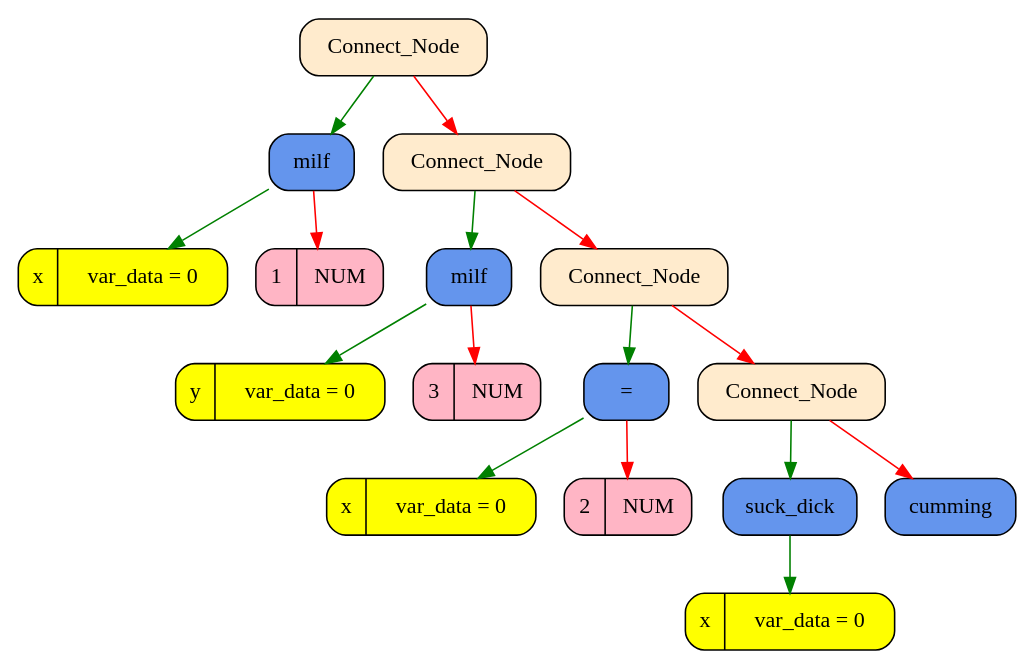
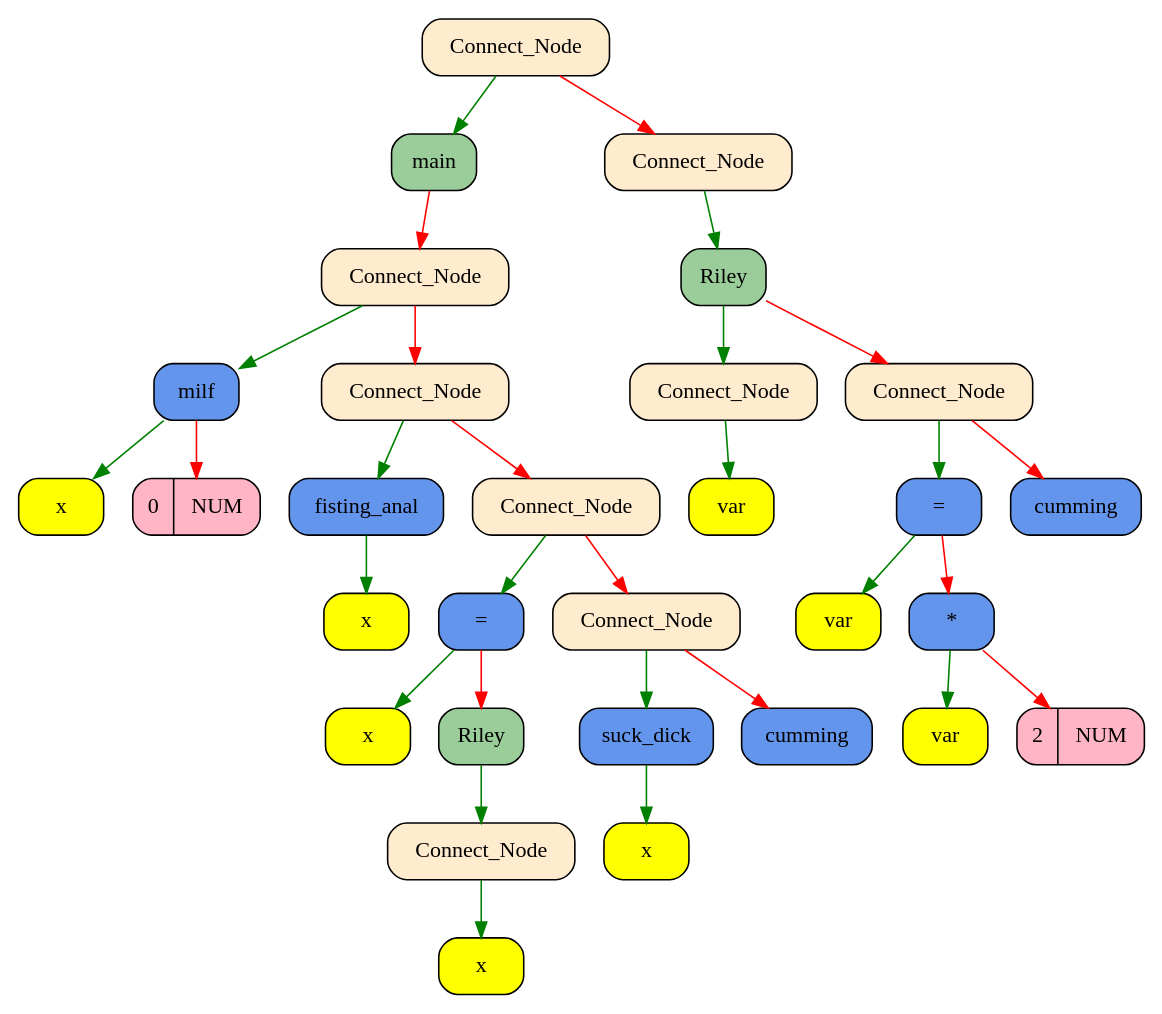
One commit to Pelmeshka127/Language changed the diagram in graphics/graph.dot. Above: the diagram before and after it, drawn with Graphviz. The commit also changed 73 other files, not shown here.

```diff
--- a/graphics/graph.dot
+++ b/graphics/graph.dot
@@ -1,37 +1,65 @@
 digraph Tree
 {
    rankdir = HR;
    node[fontsize=14];
    edge[color="black",fontcolor="blue",fontsize=12];
-   "0x107201a20"[shape = Mrecord, style = filled, fillcolor = "blanchedalmond",   label = " <value> Connect_Node"];
-  "0x107201a20" -> "0x107201e10" [color = "green"];
-  "0x107201a20" -> "0x107201a50" [color = "red"];
-   "0x107201e10"[shape = Mrecord, style = filled, fillcolor = "cornflowerblue",   label = " <value> milf"];
-  "0x107201e10" -> "0x107201ea0" [color = "green"];
-  "0x107201e10" -> "0x107201e40" [color = "red"];
-   "0x107201ea0"[shape = Mrecord, style = filled, fillcolor = "yellow",   label = " <value> x | var_data =  0"];
-   "0x107201e40"[shape = Mrecord, style = filled, fillcolor = "pink1",   label = " <value> 1 | NUM  "];
-   "0x107201a50"[shape = Mrecord, style = filled, fillcolor = "blanchedalmond",   label = " <value> Connect_Node"];
-  "0x107201a50" -> "0x107201d20" [color = "green"];
-  "0x107201a50" -> "0x107201a80" [color = "red"];
-   "0x107201d20"[shape = Mrecord, style = filled, fillcolor = "cornflowerblue",   label = " <value> milf"];
-  "0x107201d20" -> "0x107201db0" [color = "green"];
-  "0x107201d20" -> "0x107201d50" [color = "red"];
-   "0x107201db0"[shape = Mrecord, style = filled, fillcolor = "yellow",   label = " <value> y | var_data =  0"];
-   "0x107201d50"[shape = Mrecord, style = filled, fillcolor = "pink1",   label = " <value> 3 | NUM  "];
-   "0x107201a80"[shape = Mrecord, style = filled, fillcolor = "blanchedalmond",   label = " <value> Connect_Node"];
-  "0x107201a80" -> "0x107201c30" [color = "green"];
-  "0x107201a80" -> "0x107201ab0" [color = "red"];
-   "0x107201c30"[shape = Mrecord, style = filled, fillcolor = "cornflowerblue",   label = " <value> ="];
-  "0x107201c30" -> "0x107201cc0" [color = "green"];
-  "0x107201c30" -> "0x107201c60" [color = "red"];
-   "0x107201cc0"[shape = Mrecord, style = filled, fillcolor = "yellow",   label = " <value> x | var_data =  0"];
-   "0x107201c60"[shape = Mrecord, style = filled, fillcolor = "pink1",   label = " <value> 2 | NUM  "];
-   "0x107201ab0"[shape = Mrecord, style = filled, fillcolor = "blanchedalmond",   label = " <value> Connect_Node"];
-  "0x107201ab0" -> "0x107201b70" [color = "green"];
-  "0x107201ab0" -> "0x107201b10" [color = "red"];
-   "0x107201b70"[shape = Mrecord, style = filled, fillcolor = "cornflowerblue",   label = " <value> suck_dick"];
-  "0x107201b70" -> "0x107201bd0" [color = "green"];
-   "0x107201bd0"[shape = Mrecord, style = filled, fillcolor = "yellow",   label = " <value> x | var_data =  0"];
-   "0x107201b10"[shape = Mrecord, style = filled, fillcolor = "cornflowerblue",   label = " <value> cumming"];
+   "0x106402920"[shape = Mrecord, style = filled, fillcolor = "blanchedalmond",   label = " <value> Connect_Node"];
+  "0x106402920" -> "0x106402d40" [color = "green"];
+  "0x106402920" -> "0x106402950" [color = "red"];
+   "0x106402d40"[shape = Mrecord, style = filled, fillcolor = "darkseagreen3",   label = " <value> main"];
+  "0x106402d40" -> "0x106402d70" [color = "red"];
+   "0x106402d70"[shape = Mrecord, style = filled, fillcolor = "blanchedalmond",   label = " <value> Connect_Node"];
+  "0x106402d70" -> "0x106401b10" [color = "green"];
+  "0x106402d70" -> "0x106402da0" [color = "red"];
+   "0x106401b10"[shape = Mrecord, style = filled, fillcolor = "cornflowerblue",   label = " <value> milf"];
+  "0x106401b10" -> "0x106401ba0" [color = "green"];
+  "0x106401b10" -> "0x106401b40" [color = "red"];
+   "0x106401ba0"[shape = Mrecord, style = filled, fillcolor = "yellow",   label = " <value> x"];
+   "0x106401b40"[shape = Mrecord, style = filled, fillcolor = "pink1",   label = " <value> 0 | NUM  "];
+   "0x106402da0"[shape = Mrecord, style = filled, fillcolor = "blanchedalmond",   label = " <value> Connect_Node"];
+  "0x106402da0" -> "0x106401a50" [color = "green"];
+  "0x106402da0" -> "0x106402dd0" [color = "red"];
+   "0x106401a50"[shape = Mrecord, style = filled, fillcolor = "cornflowerblue",   label = " <value> fisting_anal"];
+  "0x106401a50" -> "0x106401ab0" [color = "green"];
+   "0x106401ab0"[shape = Mrecord, style = filled, fillcolor = "yellow",   label = " <value> x"];
+   "0x106402dd0"[shape = Mrecord, style = filled, fillcolor = "blanchedalmond",   label = " <value> Connect_Node"];
+  "0x106402dd0" -> "0x106401840" [color = "green"];
+  "0x106402dd0" -> "0x106402e00" [color = "red"];
+   "0x106401840"[shape = Mrecord, style = filled, fillcolor = "cornflowerblue",   label = " <value> ="];
+  "0x106401840" -> "0x1064019f0" [color = "green"];
+  "0x106401840" -> "0x1064018a0" [color = "red"];
+   "0x1064019f0"[shape = Mrecord, style = filled, fillcolor = "yellow",   label = " <value> x"];
+   "0x1064018a0"[shape = Mrecord, style = filled, fillcolor = "darkseagreen3",   label = " <value> Riley"];
+  "0x1064018a0" -> "0x1064018d0" [color = "green"];
+   "0x1064018d0"[shape = Mrecord, style = filled, fillcolor = "blanchedalmond",   label = " <value> Connect_Node"];
+  "0x1064018d0" -> "0x106401930" [color = "green"];
+   "0x106401930"[shape = Mrecord, style = filled, fillcolor = "yellow",   label = " <value> x"];
+   "0x106402e00"[shape = Mrecord, style = filled, fillcolor = "blanchedalmond",   label = " <value> Connect_Node"];
+  "0x106402e00" -> "0x106401780" [color = "green"];
+  "0x106402e00" -> "0x106402e60" [color = "red"];
+   "0x106401780"[shape = Mrecord, style = filled, fillcolor = "cornflowerblue",   label = " <value> suck_dick"];
+  "0x106401780" -> "0x1064017e0" [color = "green"];
+   "0x1064017e0"[shape = Mrecord, style = filled, fillcolor = "yellow",   label = " <value> x"];
+   "0x106402e60"[shape = Mrecord, style = filled, fillcolor = "cornflowerblue",   label = " <value> cumming"];
+   "0x106402950"[shape = Mrecord, style = filled, fillcolor = "blanchedalmond",   label = " <value> Connect_Node"];
+  "0x106402950" -> "0x1064029b0" [color = "green"];
+   "0x1064029b0"[shape = Mrecord, style = filled, fillcolor = "darkseagreen3",   label = " <value> Riley"];
+  "0x1064029b0" -> "0x106402c20" [color = "green"];
+  "0x1064029b0" -> "0x1064029e0" [color = "red"];
+   "0x106402c20"[shape = Mrecord, style = filled, fillcolor = "blanchedalmond",   label = " <value> Connect_Node"];
+  "0x106402c20" -> "0x106402c80" [color = "green"];
+   "0x106402c80"[shape = Mrecord, style = filled, fillcolor = "yellow",   label = " <value> var"];
+   "0x1064029e0"[shape = Mrecord, style = filled, fillcolor = "blanchedalmond",   label = " <value> Connect_Node"];
+  "0x1064029e0" -> "0x106402aa0" [color = "green"];
+  "0x1064029e0" -> "0x106402a40" [color = "red"];
+   "0x106402aa0"[shape = Mrecord, style = filled, fillcolor = "cornflowerblue",   label = " <value> ="];
+  "0x106402aa0" -> "0x106402bf0" [color = "green"];
+  "0x106402aa0" -> "0x106402b00" [color = "red"];
+   "0x106402bf0"[shape = Mrecord, style = filled, fillcolor = "yellow",   label = " <value> var"];
+   "0x106402b00"[shape = Mrecord, style = filled, fillcolor = "cornflowerblue",   label = " <value> *"];
+  "0x106402b00" -> "0x106402b90" [color = "green"];
+  "0x106402b00" -> "0x106402b30" [color = "red"];
+   "0x106402b90"[shape = Mrecord, style = filled, fillcolor = "yellow",   label = " <value> var"];
+   "0x106402b30"[shape = Mrecord, style = filled, fillcolor = "pink1",   label = " <value> 2 | NUM  "];
+   "0x106402a40"[shape = Mrecord, style = filled, fillcolor = "cornflowerblue",   label = " <value> cumming"];
 }
```
